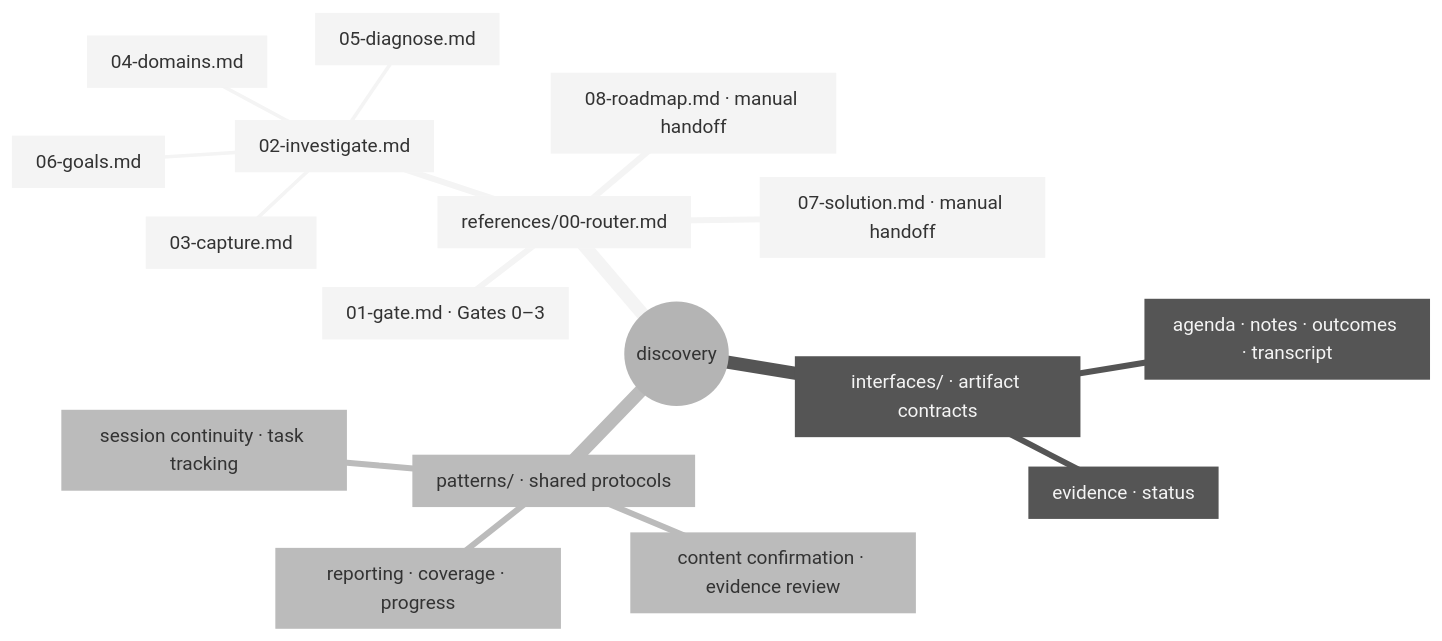
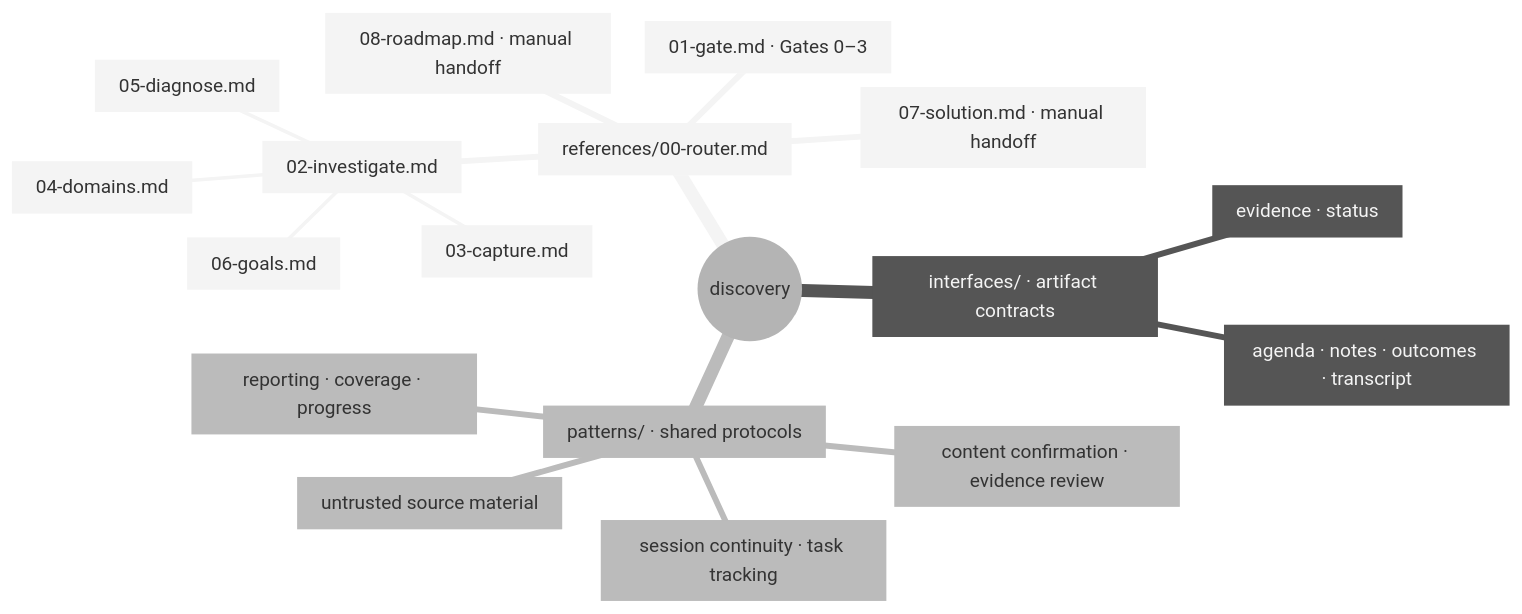
Before and after one commit to DataArt/adlc-discovery-tool: the diagram in .claude/skills/discovery/SKILL.md, drawn with Mermaid (neutral theme). The commit also changed 5 other files, not shown here.

````diff
--- a/.claude/skills/discovery/SKILL.md
+++ b/.claude/skills/discovery/SKILL.md
@@ -35,20 +35,21 @@
 ```mermaid
 mindmap
   root((discovery))
     router["references/00-router.md"]
       gate["01-gate.md · Gates 0–3"]
       investigate["02-investigate.md"]
         capture["03-capture.md"]
         domains["04-domains.md"]
         diagnose["05-diagnose.md"]
         goals["06-goals.md"]
       solution["07-solution.md · manual handoff"]
       roadmap["08-roadmap.md · manual handoff"]
     interfaces["interfaces/ · artifact contracts"]
       sessions["agenda · notes · outcomes · transcript"]
       evidence["evidence · status"]
     patterns["patterns/ · shared protocols"]
       validation["content confirmation · evidence review"]
+      security["untrusted source material"]
       reporting["reporting · coverage · progress"]
       continuity["session continuity · task tracking"]
 ```
````
